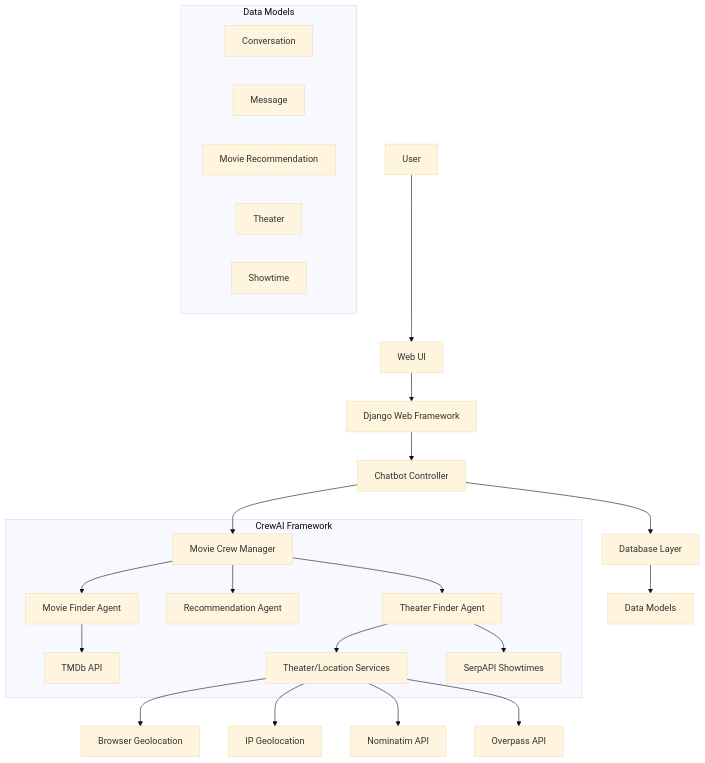
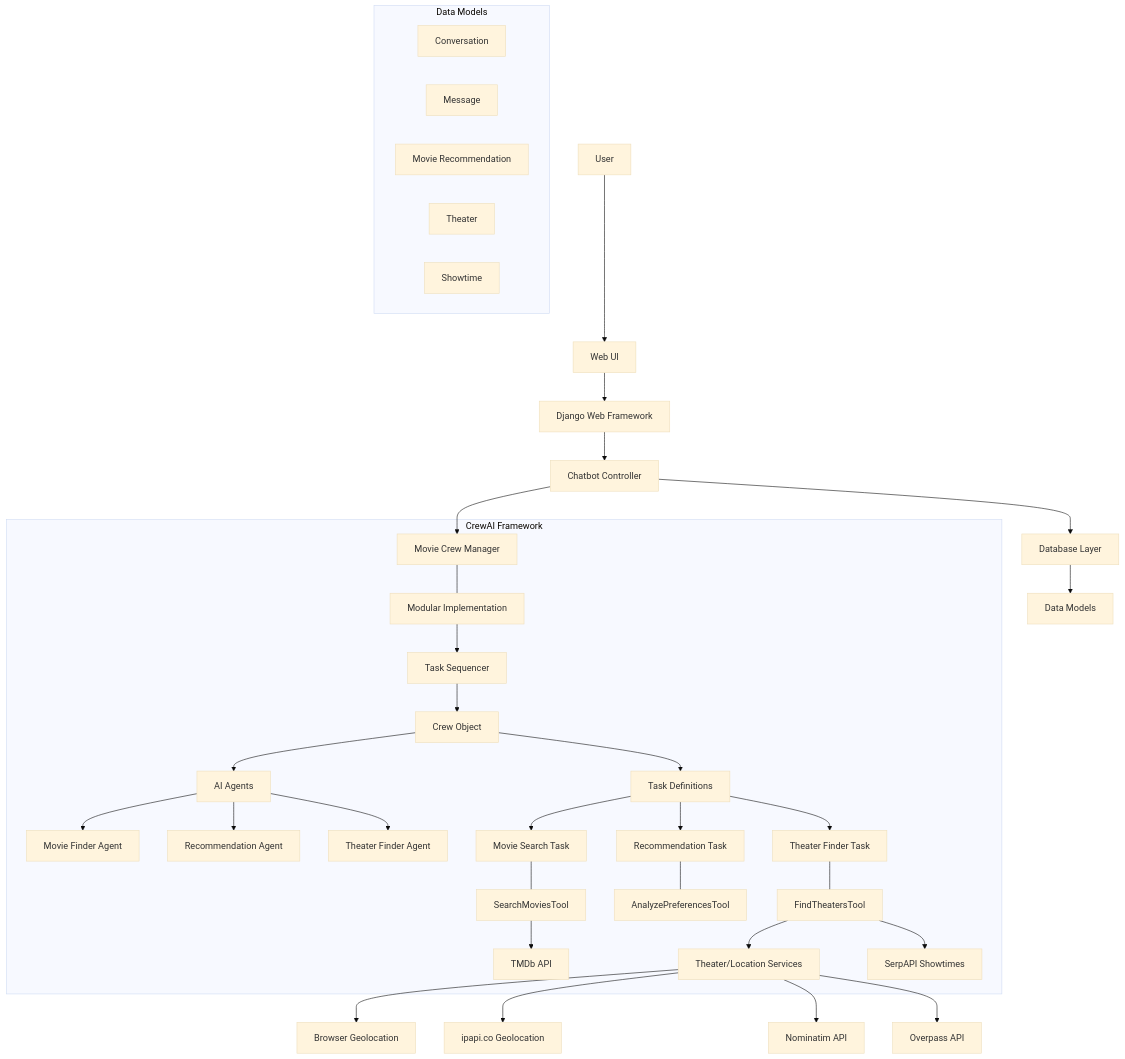
The first of 4 diagrams in py-django-crewai/docs/ARCHITECTURE.md (nkuhn-vmw/tanzu-genai-showcase), drawn with Mermaid (base theme) before and after one commit. The commit also changed other lines of this file and 34 other files, not shown here.

````diff
--- a/py-django-crewai/docs/ARCHITECTURE.md
+++ b/py-django-crewai/docs/ARCHITECTURE.md
@@ -41,33 +49,47 @@
 ```mermaid
 graph TD
     User[User] --> WebUI[Web UI]
     WebUI --> Django[Django Web Framework]
     Django --> ChatbotController[Chatbot Controller]
     ChatbotController --> MovieCrewManager[Movie Crew Manager]
 
-    subgraph CrewAI Framework
-        MovieCrewManager --> MovieFinder[Movie Finder Agent]
-        MovieCrewManager --> Recommender[Recommendation Agent]
-        MovieCrewManager --> TheaterFinder[Theater Finder Agent]
+    subgraph "CrewAI Framework"
+        MovieCrewManager --- ModularManager[Modular Implementation]
+        ModularManager --> TaskSequencer[Task Sequencer]
+        TaskSequencer --> Crew[Crew Object]
+        Crew --> Agents[AI Agents]
+        Crew --> Tasks[Task Definitions]
 
-        MovieFinder --> TMDb[TMDb API]
-        TheaterFinder --> LocationService[Theater/Location Services]
-        TheaterFinder --> SerpAPI[SerpAPI Showtimes]
+        Agents --> MovieFinder[Movie Finder Agent]
+        Agents --> Recommender[Recommendation Agent]
+        Agents --> TheaterFinder[Theater Finder Agent]
+
+        Tasks --> SearchTask[Movie Search Task]
+        Tasks --> RecommendTask[Recommendation Task]
+        Tasks --> TheaterTask[Theater Finder Task]
+
+        SearchTask --- SearchTool[SearchMoviesTool]
+        RecommendTask --- AnalyzeTool[AnalyzePreferencesTool]
+        TheaterTask --- TheaterTool[FindTheatersTool]
+
+        SearchTool --> TMDb[TMDb API]
+        TheaterTool --> LocationService[Theater/Location Services]
+        TheaterTool --> SerpAPI[SerpAPI Showtimes]
     end
 
     ChatbotController --> DatabaseLayer[Database Layer]
     DatabaseLayer --> Models[Data Models]
 
     LocationService --> BrowserGeo[Browser Geolocation]
-    LocationService --> IPGeo[IP Geolocation]
+    LocationService --> IPApiGeo[ipapi.co Geolocation]
     LocationService --> Nominatim[Nominatim API]
     LocationService --> OverpassAPI[Overpass API]
 
-    subgraph Data Models
+    subgraph "Data Models"
         Conversation[Conversation]
         Message[Message]
         MovieRecommendation[Movie Recommendation]
         Theater[Theater]
         Showtime[Showtime]
     end
 ```
````
